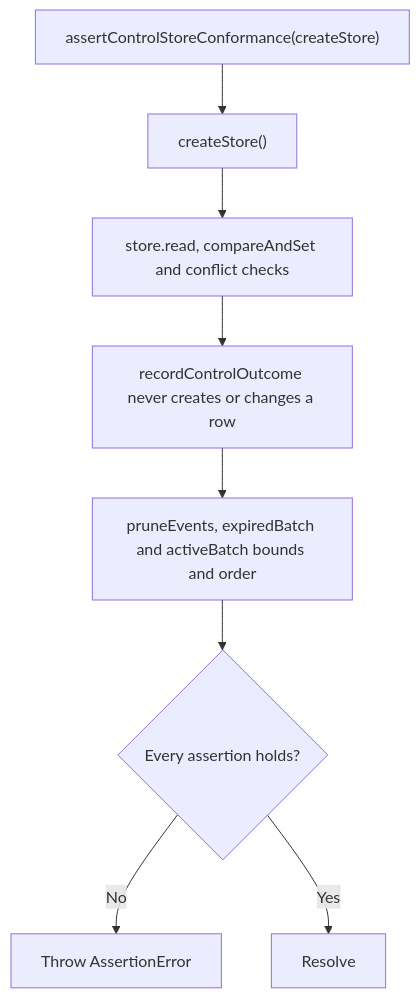
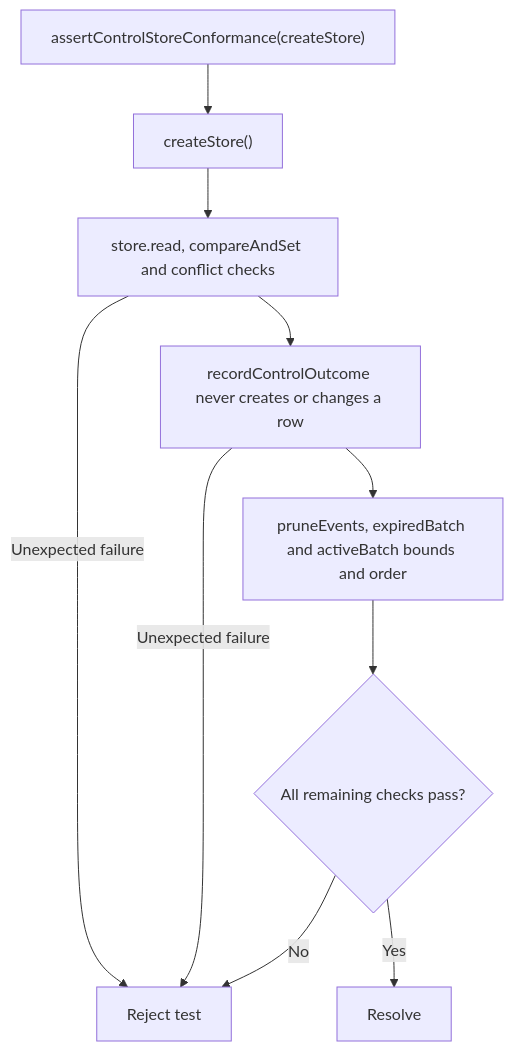
The second of 2 diagrams in user-stories/testing/us-testing-02-verify-control-store.md (Kevinjohn/oss-adonisjs-masquerade), drawn with Mermaid before and after one commit. The commit also changed other lines of this file and 26 other files, not shown here.

````diff
--- a/user-stories/testing/us-testing-02-verify-control-store.md
+++ b/user-stories/testing/us-testing-02-verify-control-store.md
@@ -33,10 +33,12 @@
 ```mermaid
 flowchart TD
     A["assertControlStoreConformance(createStore)"] --> B["createStore()"]
     B --> C["store.read, compareAndSet and conflict checks"]
     C --> D["recordControlOutcome never creates or changes a row"]
     D --> E["pruneEvents, expiredBatch and activeBatch bounds and order"]
-    E --> F{"Every assertion holds?"}
-    F -->|No| G["Throw AssertionError"]
+    E --> F{"All remaining checks pass?"}
+    C -->|Unexpected failure| G["Reject test"]
+    D -->|Unexpected failure| G
+    F -->|No| G
     F -->|Yes| H["Resolve"]
 ```
````
